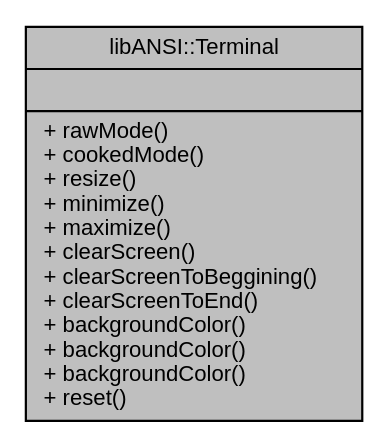
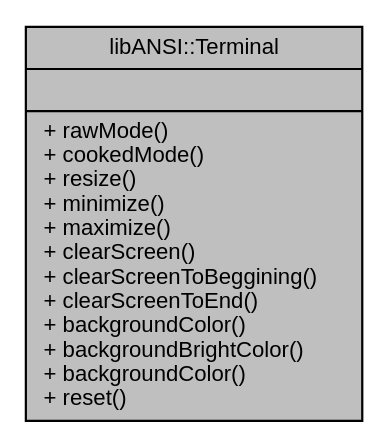
Before and after one commit to smejkalpetr/lib-ansi: the diagram in doc/classlibANSI_1_1Terminal__coll__graph.dot, drawn with Graphviz. The commit also changed 117 other files, not shown here.

```diff
--- a/doc/classlibANSI_1_1Terminal__coll__graph.dot
+++ b/doc/classlibANSI_1_1Terminal__coll__graph.dot
@@ -1,7 +1,7 @@
 digraph "libANSI::Terminal"
 {
  // LATEX_PDF_SIZE
   edge [fontname="Helvetica",fontsize="10",labelfontname="Helvetica",labelfontsize="10"];
   node [fontname="Helvetica",fontsize="10",shape=record];
-  Node1 [label="{libANSI::Terminal\n||+ rawMode()\l+ cookedMode()\l+ resize()\l+ minimize()\l+ maximize()\l+ clearScreen()\l+ clearScreenToBeggining()\l+ clearScreenToEnd()\l+ backgroundColor()\l+ backgroundColor()\l+ backgroundColor()\l+ reset()\l}",height=0.2,width=0.4,color="black", fillcolor="grey75", style="filled", fontcolor="black",tooltip=" "];
+  Node1 [label="{libANSI::Terminal\n||+ rawMode()\l+ cookedMode()\l+ resize()\l+ minimize()\l+ maximize()\l+ clearScreen()\l+ clearScreenToBeggining()\l+ clearScreenToEnd()\l+ backgroundColor()\l+ backgroundBrightColor()\l+ backgroundColor()\l+ reset()\l}",height=0.2,width=0.4,color="black", fillcolor="grey75", style="filled", fontcolor="black",tooltip=" "];
 }
```
